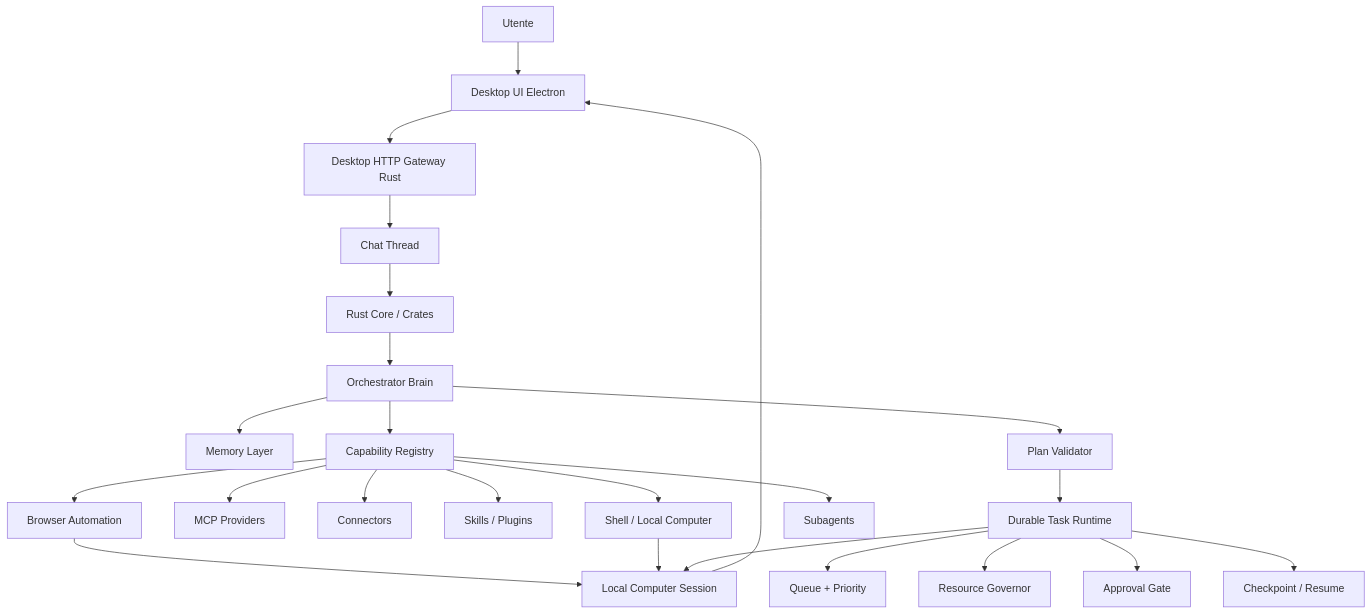
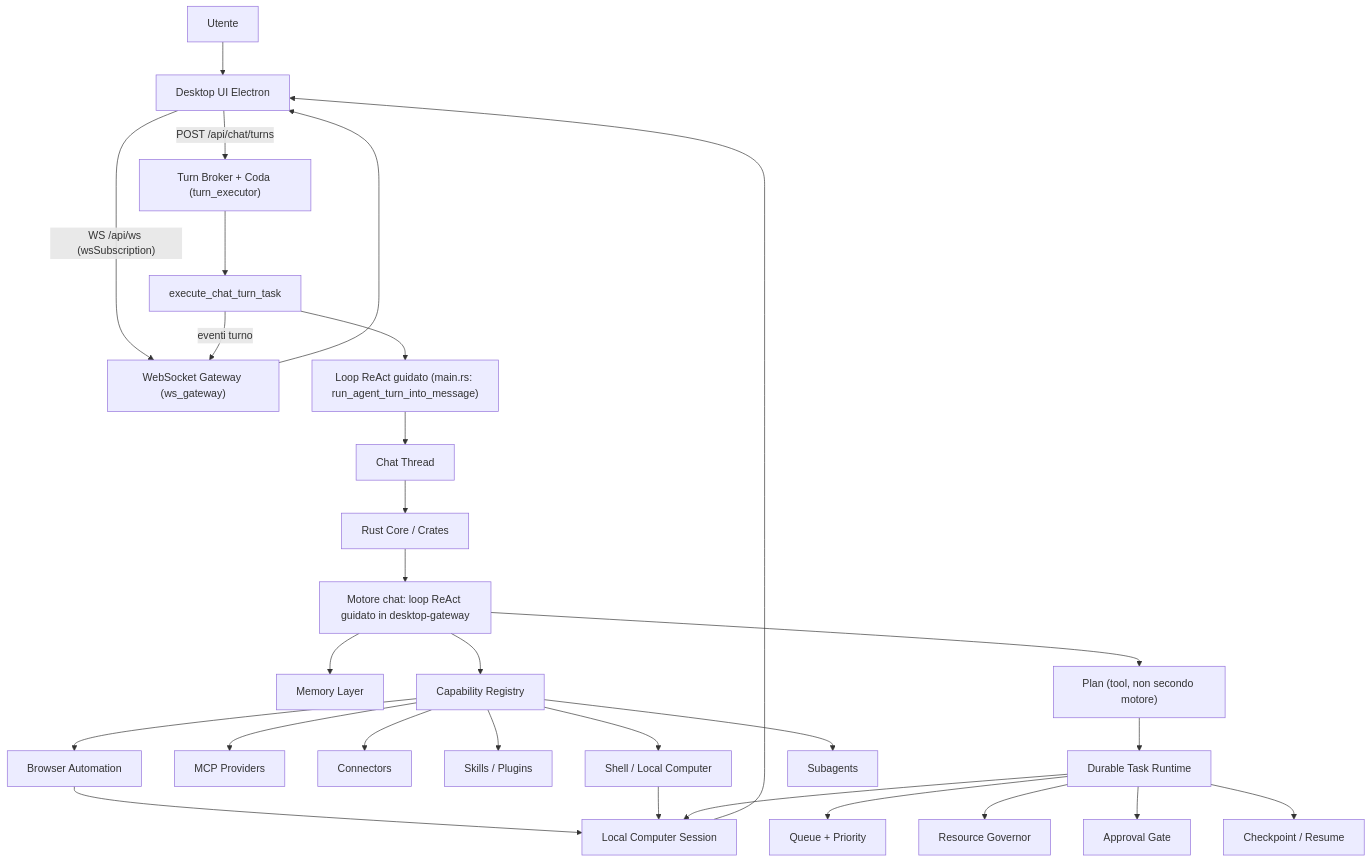
Before and after one commit to homun-app/homun-core: the diagram in docs/architecture/system-map.md, drawn with Mermaid. The commit also changed other lines of this file and 11 other files, not shown here.

First line of the commit message:
docs(architecture): verifica delle 14 mappe contro il codice (post broker/WS)

````diff
--- a/docs/architecture/system-map.md
+++ b/docs/architecture/system-map.md
@@ -39,30 +54,35 @@
 ```mermaid
 flowchart TD
   U["Utente"] --> UI["Desktop UI Electron"]
-  UI --> Gateway["Desktop HTTP Gateway Rust"]
-  Gateway --> Thread["Chat Thread"]
+  UI -->|"POST /api/chat/turns"| Broker["Turn Broker + Coda (turn_executor)"]
+  UI -->|"WS /api/ws (wsSubscription)"| WS["WebSocket Gateway (ws_gateway)"]
+  Broker --> Executor["execute_chat_turn_task"]
+  Executor --> Engine["Loop ReAct guidato (main.rs: run_agent_turn_into_message)"]
+  Executor -->|"eventi turno"| WS
+  WS --> UI
+  Engine --> Thread["Chat Thread"]
   Thread --> Core["Rust Core / Crates"]
-  Core --> Brain["Orchestrator Brain"]
+  Core --> Brain["Motore chat: loop ReAct guidato in desktop-gateway"]
 
   Brain --> Memory["Memory Layer"]
   Brain --> Registry["Capability Registry"]
-  Brain --> Planner["Plan Validator"]
+  Brain --> Planner["Plan (tool, non secondo motore)"]
   Planner --> Tasks["Durable Task Runtime"]
 
   Registry --> MCP["MCP Providers"]
   Registry --> Connectors["Connectors"]
   Registry --> Skills["Skills / Plugins"]
   Registry --> Browser["Browser Automation"]
   Registry --> Shell["Shell / Local Computer"]
   Registry --> Subagents["Subagents"]
 
   Tasks --> Queue["Queue + Priority"]
   Tasks --> Resources["Resource Governor"]
   Tasks --> Approval["Approval Gate"]
   Tasks --> Checkpoints["Checkpoint / Resume"]
 
   Browser --> Computer["Local Computer Session"]
   Shell --> Computer
   Tasks --> Computer
   Computer --> UI
 ```
````
